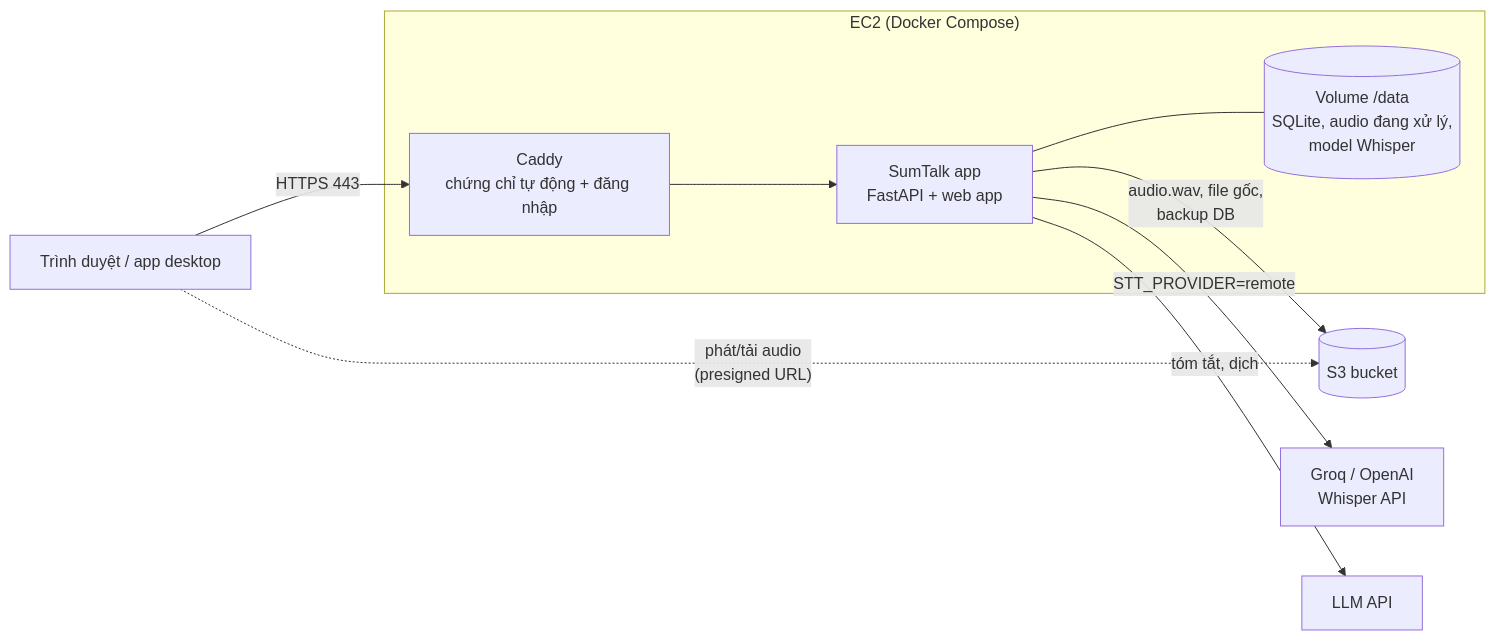
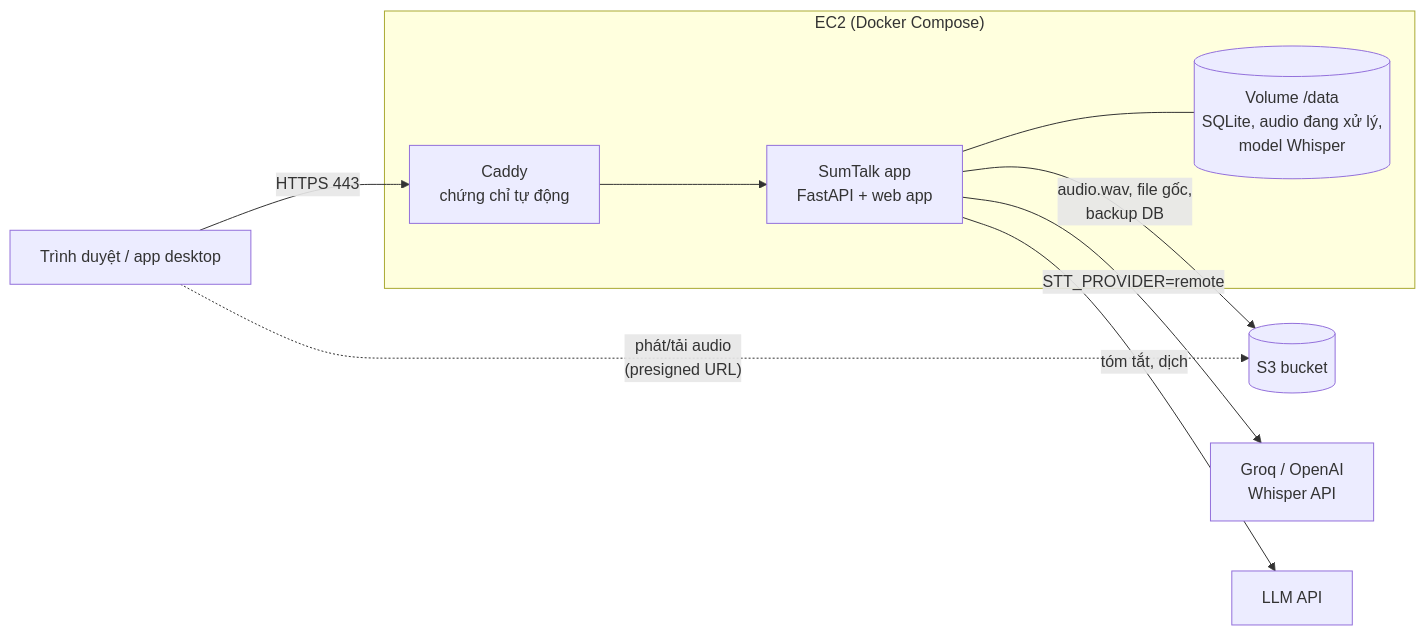
Before and after one commit to DatTapTanhCode/SumTalk: the diagram in docs/deploy/AWS-EC2-S3.md, drawn with Mermaid. The commit also changed other lines of this file and 24 other files, not shown here.

````diff
--- a/docs/deploy/AWS-EC2-S3.md
+++ b/docs/deploy/AWS-EC2-S3.md
@@ -12,12 +12,12 @@
 ```mermaid
 flowchart LR
-  U["Trình duyệt / app desktop"] -- "HTTPS 443" --> C["Caddy<br/>chứng chỉ tự động + đăng nhập"]
+  U["Trình duyệt / app desktop"] -- "HTTPS 443" --> C["Caddy<br/>chứng chỉ tự động"]
   subgraph EC2["EC2 (Docker Compose)"]
     C --> A["SumTalk app<br/>FastAPI + web app"]
     A --- V[("Volume /data<br/>SQLite, audio đang xử lý,<br/>model Whisper")]
   end
   A -- "audio.wav, file gốc,<br/>backup DB" --> S3[("S3 bucket")]
   U -. "phát/tải audio<br/>(presigned URL)" .-> S3
   A -- "STT_PROVIDER=remote" --> G["Groq / OpenAI<br/>Whisper API"]
   A -- "tóm tắt, dịch" --> L["LLM API"]
 ```
````
